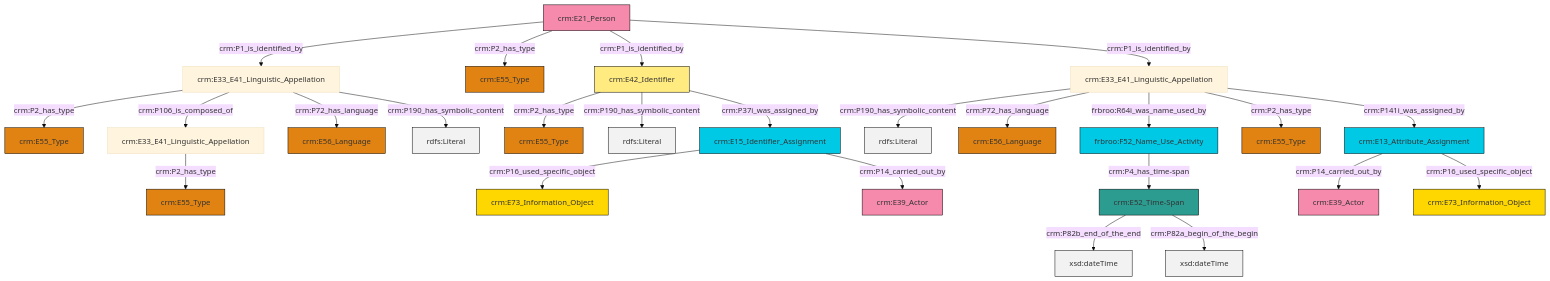
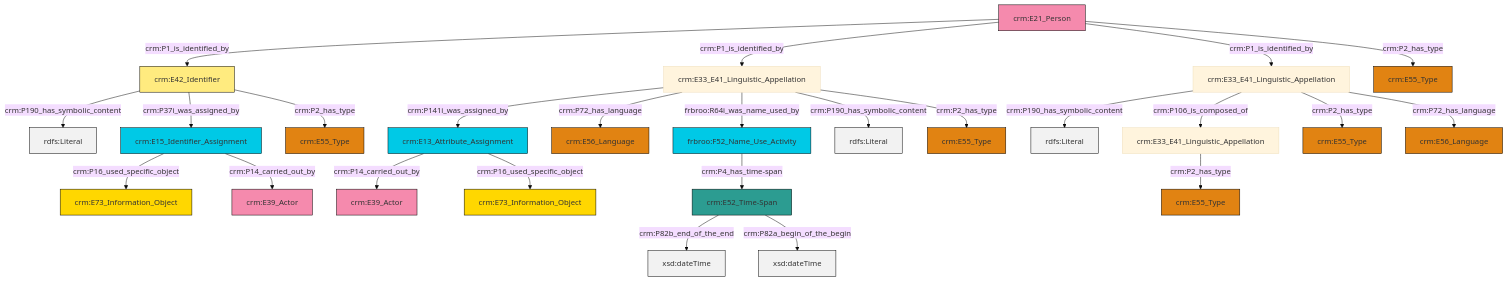
One commit to swiss-art-research-net/docs.swissartresearch changed the diagram in et/personCSV/ttl/mmd/Person_Names_and_Classification.ttl.mmd. Above: the diagram before and after it, drawn with Mermaid (base theme). The commit also changed 176 other files, not shown here.

```diff
--- a/et/personCSV/ttl/mmd/Person_Names_and_Classification.ttl.mmd
+++ b/et/personCSV/ttl/mmd/Person_Names_and_Classification.ttl.mmd
@@ -1,39 +1,39 @@
 graph TD
 classDef Literal fill:#f2f2f2,stroke:#000000;
 classDef CRM_Entity fill:#FFFFFF,stroke:#000000;
 classDef Temporal_Entity fill:#00C9E6, stroke:#000000;
 classDef Type fill:#E18312, stroke:#000000;
 classDef Time-Span fill:#2C9C91, stroke:#000000;
 classDef Appellation fill:#FFEB7F, stroke:#000000;
 classDef Place fill:#008836, stroke:#000000;
 classDef Persistent_Item fill:#B266B2, stroke:#000000;
 classDef Conceptual_Object fill:#FFD700, stroke:#000000;
 classDef Physical_Thing fill:#D2B48C, stroke:#000000;
 classDef Actor fill:#f58aad, stroke:#000000;
 classDef PC_Classes fill:#4ce600, stroke:#000000;
 classDef Multi fill:#cccccc,stroke:#000000;
 
-12["crm:E33_E41_Linguistic_Appellation"]:::Default -->|crm:P190_has_symbolic_content| 13[rdfs:Literal]:::Literal
-16["crm:E13_Attribute_Assignment"]:::Temporal_Entity -->|crm:P14_carried_out_by| 17["crm:E39_Actor"]:::Actor
-18["crm:E42_Identifier"]:::Appellation -->|crm:P2_has_type| 19["crm:E55_Type"]:::Type
-12["crm:E33_E41_Linguistic_Appellation"]:::Default -->|crm:P72_has_language| 20["crm:E56_Language"]:::Type
-28["crm:E21_Person"]:::Actor -->|crm:P1_is_identified_by| 4["crm:E33_E41_Linguistic_Appellation"]:::Default
-0["crm:E52_Time-Span"]:::Time-Span -->|crm:P82b_end_of_the_end| 29[xsd:dateTime]:::Literal
-4["crm:E33_E41_Linguistic_Appellation"]:::Default -->|crm:P2_has_type| 6["crm:E55_Type"]:::Type
-14["crm:E15_Identifier_Assignment"]:::Temporal_Entity -->|crm:P16_used_specific_object| 10["crm:E73_Information_Object"]:::Conceptual_Object
-4["crm:E33_E41_Linguistic_Appellation"]:::Default -->|crm:P106_is_composed_of| 26["crm:E33_E41_Linguistic_Appellation"]:::Default
-4["crm:E33_E41_Linguistic_Appellation"]:::Default -->|crm:P72_has_language| 31["crm:E56_Language"]:::Type
-26["crm:E33_E41_Linguistic_Appellation"]:::Default -->|crm:P2_has_type| 21["crm:E55_Type"]:::Type
-34["frbroo:F52_Name_Use_Activity"]:::Temporal_Entity -->|crm:P4_has_time-span| 0["crm:E52_Time-Span"]:::Time-Span
-28["crm:E21_Person"]:::Actor -->|crm:P2_has_type| 24["crm:E55_Type"]:::Type
-16["crm:E13_Attribute_Assignment"]:::Temporal_Entity -->|crm:P16_used_specific_object| 8["crm:E73_Information_Object"]:::Conceptual_Object
-18["crm:E42_Identifier"]:::Appellation -->|crm:P190_has_symbolic_content| 37[rdfs:Literal]:::Literal
-28["crm:E21_Person"]:::Actor -->|crm:P1_is_identified_by| 18["crm:E42_Identifier"]:::Appellation
-4["crm:E33_E41_Linguistic_Appellation"]:::Default -->|crm:P190_has_symbolic_content| 38[rdfs:Literal]:::Literal
-0["crm:E52_Time-Span"]:::Time-Span -->|crm:P82a_begin_of_the_begin| 39[xsd:dateTime]:::Literal
-18["crm:E42_Identifier"]:::Appellation -->|crm:P37i_was_assigned_by| 14["crm:E15_Identifier_Assignment"]:::Temporal_Entity
-12["crm:E33_E41_Linguistic_Appellation"]:::Default -->|frbroo:R64i_was_name_used_by| 34["frbroo:F52_Name_Use_Activity"]:::Temporal_Entity
-28["crm:E21_Person"]:::Actor -->|crm:P1_is_identified_by| 12["crm:E33_E41_Linguistic_Appellation"]:::Default
-14["crm:E15_Identifier_Assignment"]:::Temporal_Entity -->|crm:P14_carried_out_by| 40["crm:E39_Actor"]:::Actor
-12["crm:E33_E41_Linguistic_Appellation"]:::Default -->|crm:P2_has_type| 2["crm:E55_Type"]:::Type
-12["crm:E33_E41_Linguistic_Appellation"]:::Default -->|crm:P141i_was_assigned_by| 16["crm:E13_Attribute_Assignment"]:::Temporal_Entity
+2["crm:E33_E41_Linguistic_Appellation"]:::Default -->|crm:P190_has_symbolic_content| 3[rdfs:Literal]:::Literal
+14["crm:E42_Identifier"]:::Appellation -->|crm:P190_has_symbolic_content| 15[rdfs:Literal]:::Literal
+18["crm:E15_Identifier_Assignment"]:::Temporal_Entity -->|crm:P16_used_specific_object| 19["crm:E73_Information_Object"]:::Conceptual_Object
+20["crm:E21_Person"]:::Actor -->|crm:P1_is_identified_by| 14["crm:E42_Identifier"]:::Appellation
+2["crm:E33_E41_Linguistic_Appellation"]:::Default -->|crm:P106_is_composed_of| 16["crm:E33_E41_Linguistic_Appellation"]:::Default
+20["crm:E21_Person"]:::Actor -->|crm:P1_is_identified_by| 8["crm:E33_E41_Linguistic_Appellation"]:::Default
+8["crm:E33_E41_Linguistic_Appellation"]:::Default -->|crm:P141i_was_assigned_by| 4["crm:E13_Attribute_Assignment"]:::Temporal_Entity
+8["crm:E33_E41_Linguistic_Appellation"]:::Default -->|crm:P72_has_language| 24["crm:E56_Language"]:::Type
+20["crm:E21_Person"]:::Actor -->|crm:P1_is_identified_by| 2["crm:E33_E41_Linguistic_Appellation"]:::Default
+10["frbroo:F52_Name_Use_Activity"]:::Temporal_Entity -->|crm:P4_has_time-span| 25["crm:E52_Time-Span"]:::Time-Span
+16["crm:E33_E41_Linguistic_Appellation"]:::Default -->|crm:P2_has_type| 28["crm:E55_Type"]:::Type
+25["crm:E52_Time-Span"]:::Time-Span -->|crm:P82b_end_of_the_end| 29[xsd:dateTime]:::Literal
+14["crm:E42_Identifier"]:::Appellation -->|crm:P37i_was_assigned_by| 18["crm:E15_Identifier_Assignment"]:::Temporal_Entity
+4["crm:E13_Attribute_Assignment"]:::Temporal_Entity -->|crm:P14_carried_out_by| 30["crm:E39_Actor"]:::Actor
+2["crm:E33_E41_Linguistic_Appellation"]:::Default -->|crm:P2_has_type| 6["crm:E55_Type"]:::Type
+2["crm:E33_E41_Linguistic_Appellation"]:::Default -->|crm:P72_has_language| 12["crm:E56_Language"]:::Type
+18["crm:E15_Identifier_Assignment"]:::Temporal_Entity -->|crm:P14_carried_out_by| 0["crm:E39_Actor"]:::Actor
+4["crm:E13_Attribute_Assignment"]:::Temporal_Entity -->|crm:P16_used_specific_object| 34["crm:E73_Information_Object"]:::Conceptual_Object
+20["crm:E21_Person"]:::Actor -->|crm:P2_has_type| 21["crm:E55_Type"]:::Type
+8["crm:E33_E41_Linguistic_Appellation"]:::Default -->|frbroo:R64i_was_name_used_by| 10["frbroo:F52_Name_Use_Activity"]:::Temporal_Entity
+8["crm:E33_E41_Linguistic_Appellation"]:::Default -->|crm:P190_has_symbolic_content| 38[rdfs:Literal]:::Literal
+8["crm:E33_E41_Linguistic_Appellation"]:::Default -->|crm:P2_has_type| 40["crm:E55_Type"]:::Type
+14["crm:E42_Identifier"]:::Appellation -->|crm:P2_has_type| 26["crm:E55_Type"]:::Type
+25["crm:E52_Time-Span"]:::Time-Span -->|crm:P82a_begin_of_the_begin| 45[xsd:dateTime]:::Literal
```
